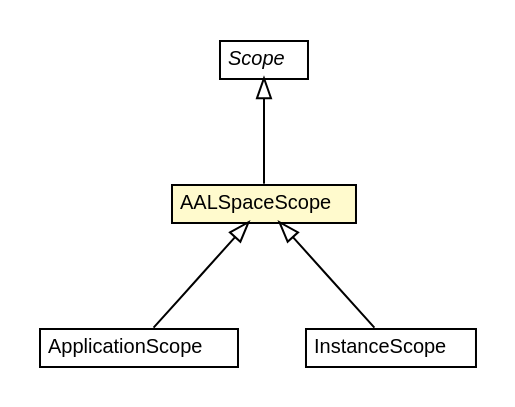
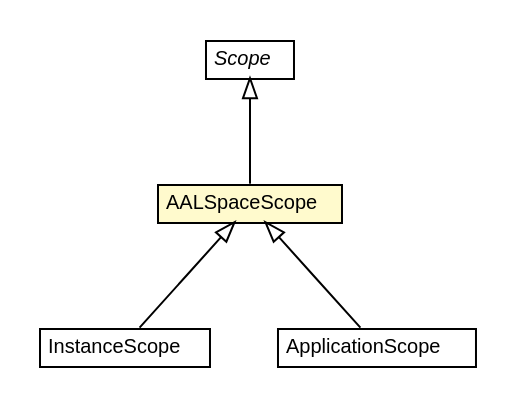
One commit to cstockloew/middleware changed the diagram in mw.pom/apidocs/org/universAAL/middleware/interfaces/configuration/scope/AALSpaceScope.dot. Above: the diagram before and after it, drawn with Graphviz. The commit also changed 2056 other files, not shown here.

```diff
--- a/mw.pom/apidocs/org/universAAL/middleware/interfaces/configuration/scope/AALSpaceScope.dot
+++ b/mw.pom/apidocs/org/universAAL/middleware/interfaces/configuration/scope/AALSpaceScope.dot
@@ -1,42 +1,42 @@
 #!/usr/local/bin/dot
 #
 # Class diagram 
 # Generated by UMLGraph version R5_6-24-gf6e263 (http://www.umlgraph.org/)
 #
 
 digraph G {
 	edge [fontname="Helvetica",fontsize=10,labelfontname="Helvetica",labelfontsize=10];
 	node [fontname="Helvetica",fontsize=10,shape=plaintext];
 	nodesep=0.25;
 	ranksep=0.5;
+	// org.universAAL.middleware.interfaces.configuration.scope.AALSpaceScope
+	c90549 [label=<<table title="org.universAAL.middleware.interfaces.configuration.scope.AALSpaceScope" border="0" cellborder="1" cellspacing="0" cellpadding="2" port="p" bgcolor="lemonChiffon" href="./AALSpaceScope.html">
+		<tr><td><table border="0" cellspacing="0" cellpadding="1">
+<tr><td align="center" balign="center"> AALSpaceScope </td></tr>
+		</table></td></tr>
+		</table>>, URL="./AALSpaceScope.html", fontname="Helvetica", fontcolor="black", fontsize=10.0];
+	// org.universAAL.middleware.interfaces.configuration.scope.Scope
+	c90550 [label=<<table title="org.universAAL.middleware.interfaces.configuration.scope.Scope" border="0" cellborder="1" cellspacing="0" cellpadding="2" port="p" href="./Scope.html">
+		<tr><td><table border="0" cellspacing="0" cellpadding="1">
+<tr><td align="center" balign="center"><font face="Helvetica-Oblique"> Scope </font></td></tr>
+		</table></td></tr>
+		</table>>, URL="./Scope.html", fontname="Helvetica", fontcolor="black", fontsize=10.0];
+	// org.universAAL.middleware.interfaces.configuration.scope.InstanceScope
+	c90552 [label=<<table title="org.universAAL.middleware.interfaces.configuration.scope.InstanceScope" border="0" cellborder="1" cellspacing="0" cellpadding="2" port="p" href="./InstanceScope.html">
+		<tr><td><table border="0" cellspacing="0" cellpadding="1">
+<tr><td align="center" balign="center"> InstanceScope </td></tr>
+		</table></td></tr>
+		</table>>, URL="./InstanceScope.html", fontname="Helvetica", fontcolor="black", fontsize=10.0];
 	// org.universAAL.middleware.interfaces.configuration.scope.ApplicationScope
-	c90549 [label=<<table title="org.universAAL.middleware.interfaces.configuration.scope.ApplicationScope" border="0" cellborder="1" cellspacing="0" cellpadding="2" port="p" href="./ApplicationScope.html">
+	c90553 [label=<<table title="org.universAAL.middleware.interfaces.configuration.scope.ApplicationScope" border="0" cellborder="1" cellspacing="0" cellpadding="2" port="p" href="./ApplicationScope.html">
 		<tr><td><table border="0" cellspacing="0" cellpadding="1">
 <tr><td align="center" balign="center"> ApplicationScope </td></tr>
 		</table></td></tr>
 		</table>>, URL="./ApplicationScope.html", fontname="Helvetica", fontcolor="black", fontsize=10.0];
-	// org.universAAL.middleware.interfaces.configuration.scope.Scope
-	c90551 [label=<<table title="org.universAAL.middleware.interfaces.configuration.scope.Scope" border="0" cellborder="1" cellspacing="0" cellpadding="2" port="p" href="./Scope.html">
-		<tr><td><table border="0" cellspacing="0" cellpadding="1">
-<tr><td align="center" balign="center"><font face="Helvetica-Oblique"> Scope </font></td></tr>
-		</table></td></tr>
-		</table>>, URL="./Scope.html", fontname="Helvetica", fontcolor="black", fontsize=10.0];
-	// org.universAAL.middleware.interfaces.configuration.scope.AALSpaceScope
-	c90552 [label=<<table title="org.universAAL.middleware.interfaces.configuration.scope.AALSpaceScope" border="0" cellborder="1" cellspacing="0" cellpadding="2" port="p" bgcolor="lemonChiffon" href="./AALSpaceScope.html">
-		<tr><td><table border="0" cellspacing="0" cellpadding="1">
-<tr><td align="center" balign="center"> AALSpaceScope </td></tr>
-		</table></td></tr>
-		</table>>, URL="./AALSpaceScope.html", fontname="Helvetica", fontcolor="black", fontsize=10.0];
-	// org.universAAL.middleware.interfaces.configuration.scope.InstanceScope
-	c90553 [label=<<table title="org.universAAL.middleware.interfaces.configuration.scope.InstanceScope" border="0" cellborder="1" cellspacing="0" cellpadding="2" port="p" href="./InstanceScope.html">
-		<tr><td><table border="0" cellspacing="0" cellpadding="1">
-<tr><td align="center" balign="center"> InstanceScope </td></tr>
-		</table></td></tr>
-		</table>>, URL="./InstanceScope.html", fontname="Helvetica", fontcolor="black", fontsize=10.0];
+	//org.universAAL.middleware.interfaces.configuration.scope.AALSpaceScope extends org.universAAL.middleware.interfaces.configuration.scope.Scope
+	c90550:p -> c90549:p [dir=back,arrowtail=empty];
+	//org.universAAL.middleware.interfaces.configuration.scope.InstanceScope extends org.universAAL.middleware.interfaces.configuration.scope.AALSpaceScope
+	c90549:p -> c90552:p [dir=back,arrowtail=empty];
 	//org.universAAL.middleware.interfaces.configuration.scope.ApplicationScope extends org.universAAL.middleware.interfaces.configuration.scope.AALSpaceScope
-	c90552:p -> c90549:p [dir=back,arrowtail=empty];
-	//org.universAAL.middleware.interfaces.configuration.scope.AALSpaceScope extends org.universAAL.middleware.interfaces.configuration.scope.Scope
-	c90551:p -> c90552:p [dir=back,arrowtail=empty];
-	//org.universAAL.middleware.interfaces.configuration.scope.InstanceScope extends org.universAAL.middleware.interfaces.configuration.scope.AALSpaceScope
-	c90552:p -> c90553:p [dir=back,arrowtail=empty];
+	c90549:p -> c90553:p [dir=back,arrowtail=empty];
 }
```
